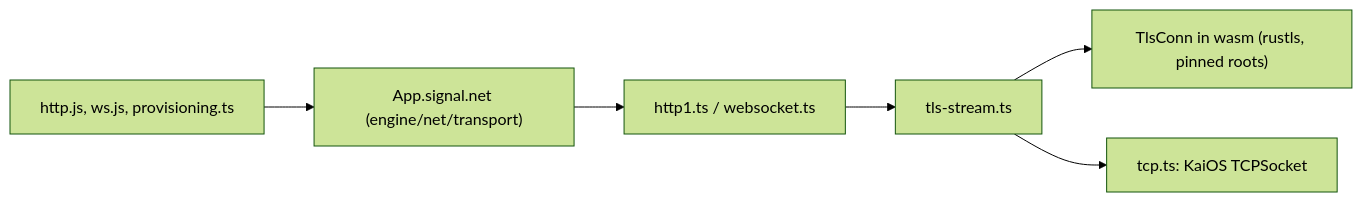
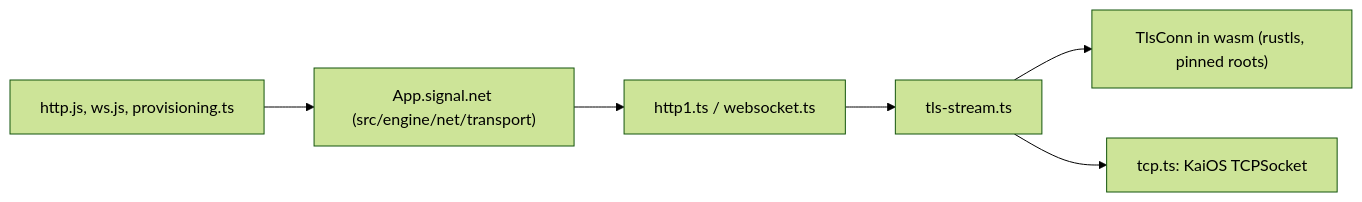
Before and after one commit to ambercaravalho/signal4kaios: the second of 6 diagrams in docs/architecture.md, drawn with Mermaid (forest theme). The commit also changed other lines of this file and 135 other files, not shown here.

First line of the commit message:
Move app, engine, native, and protos into src/

````diff
--- a/docs/architecture.md
+++ b/docs/architecture.md
@@ -55,8 +55,8 @@
 ```mermaid
 flowchart LR
-  callers["http.js, ws.js, provisioning.ts"] --> net["App.signal.net (engine/net/transport)"]
+  callers["http.js, ws.js, provisioning.ts"] --> net["App.signal.net (src/engine/net/transport)"]
   net --> h1["http1.ts / websocket.ts"]
   h1 --> tls["tls-stream.ts"]
   tls --> conn["TlsConn in wasm (rustls, pinned roots)"]
   tls --> tcp["tcp.ts: KaiOS TCPSocket"]
 ```
````
